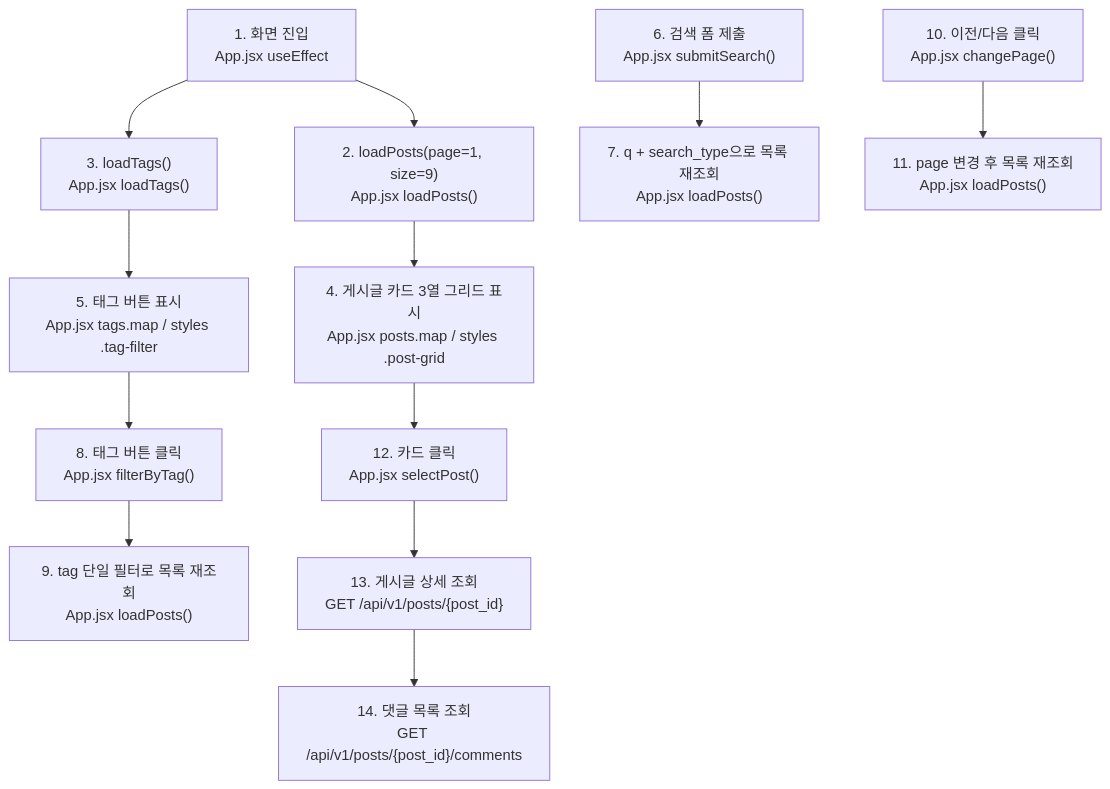
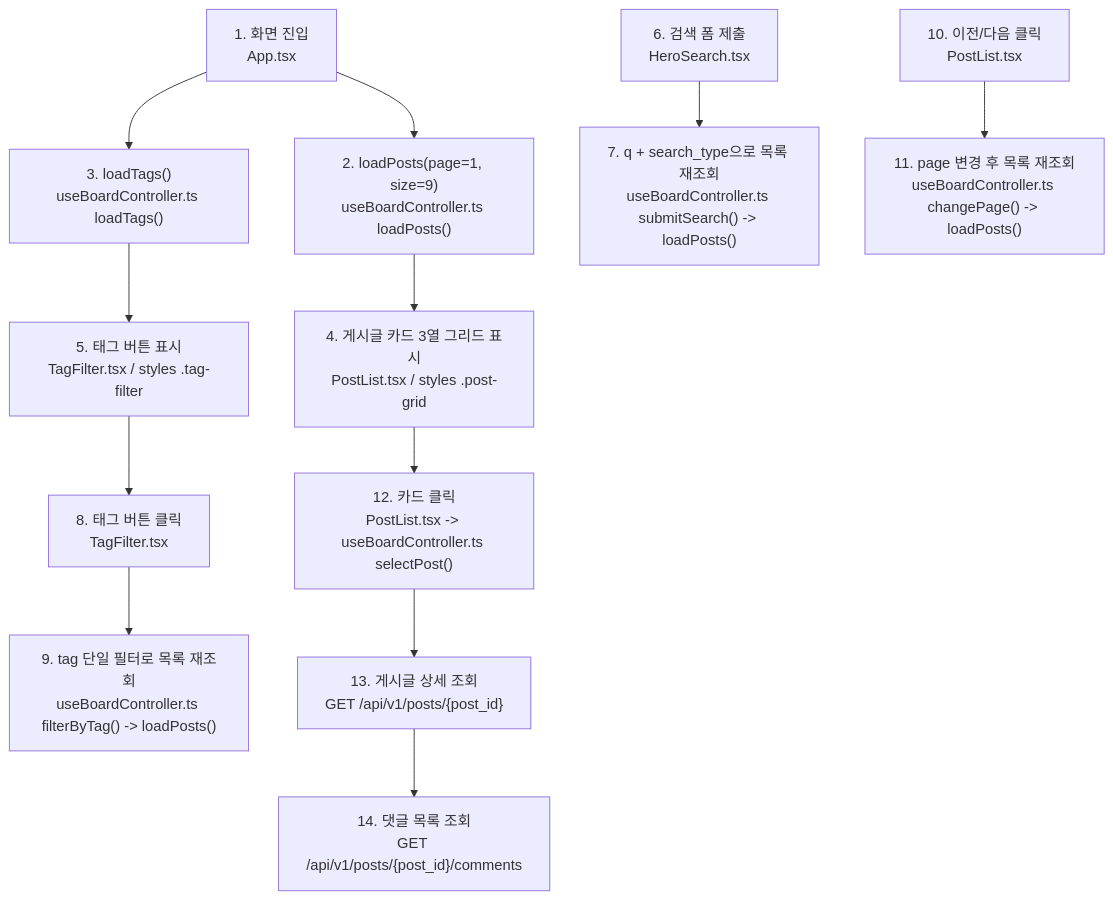
One commit to JUNGLE-TEAM1/W16_team_sprint changed the sixth of 6 diagrams in docs2/sprint-4/implementation-record.md. Above: the diagram before and after it, drawn with Mermaid. The commit also changed other lines of this file and 5 other files, not shown here.

````diff
--- a/docs2/sprint-4/implementation-record.md
+++ b/docs2/sprint-4/implementation-record.md
@@ -579,14 +587,14 @@
 ```mermaid
 flowchart TD
-    A["1. 화면 진입<br/>App.jsx useEffect"] --> B["2. loadPosts(page=1, size=9)<br/>App.jsx loadPosts()"]
-    A --> C["3. loadTags()<br/>App.jsx loadTags()"]
-    B --> D["4. 게시글 카드 3열 그리드 표시<br/>App.jsx posts.map / styles .post-grid"]
-    C --> E["5. 태그 버튼 표시<br/>App.jsx tags.map / styles .tag-filter"]
-    F["6. 검색 폼 제출<br/>App.jsx submitSearch()"] --> G["7. q + search_type으로 목록 재조회<br/>App.jsx loadPosts()"]
-    E --> H["8. 태그 버튼 클릭<br/>App.jsx filterByTag()"]
-    H --> I["9. tag 단일 필터로 목록 재조회<br/>App.jsx loadPosts()"]
-    J["10. 이전/다음 클릭<br/>App.jsx changePage()"] --> K["11. page 변경 후 목록 재조회<br/>App.jsx loadPosts()"]
-    D --> L["12. 카드 클릭<br/>App.jsx selectPost()"]
+    A["1. 화면 진입<br/>App.tsx"] --> B["2. loadPosts(page=1, size=9)<br/>useBoardController.ts loadPosts()"]
+    A --> C["3. loadTags()<br/>useBoardController.ts loadTags()"]
+    B --> D["4. 게시글 카드 3열 그리드 표시<br/>PostList.tsx / styles .post-grid"]
+    C --> E["5. 태그 버튼 표시<br/>TagFilter.tsx / styles .tag-filter"]
+    F["6. 검색 폼 제출<br/>HeroSearch.tsx"] --> G["7. q + search_type으로 목록 재조회<br/>useBoardController.ts submitSearch() -> loadPosts()"]
+    E --> H["8. 태그 버튼 클릭<br/>TagFilter.tsx"]
+    H --> I["9. tag 단일 필터로 목록 재조회<br/>useBoardController.ts filterByTag() -> loadPosts()"]
+    J["10. 이전/다음 클릭<br/>PostList.tsx"] --> K["11. page 변경 후 목록 재조회<br/>useBoardController.ts changePage() -> loadPosts()"]
+    D --> L["12. 카드 클릭<br/>PostList.tsx -> useBoardController.ts selectPost()"]
     L --> M["13. 게시글 상세 조회<br/>GET /api/v1/posts/{post_id}"]
     M --> N["14. 댓글 목록 조회<br/>GET /api/v1/posts/{post_id}/comments"]
 ```
````
